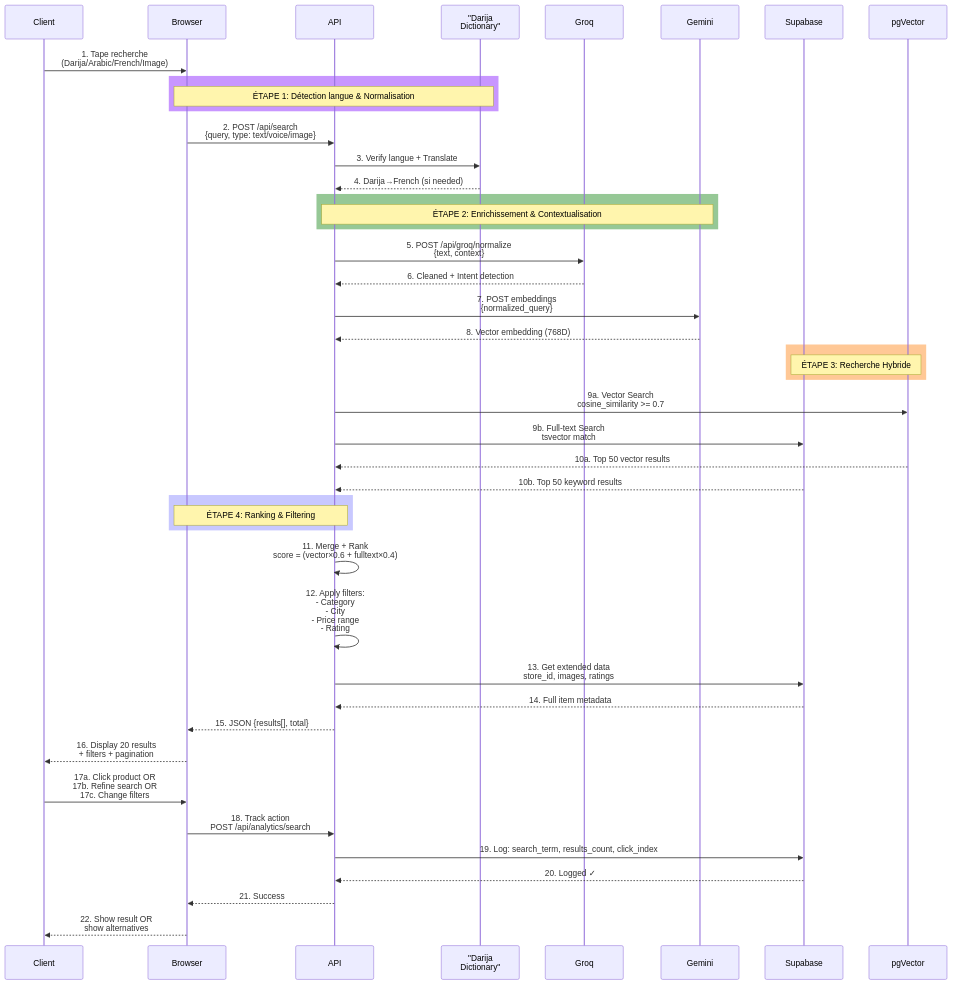
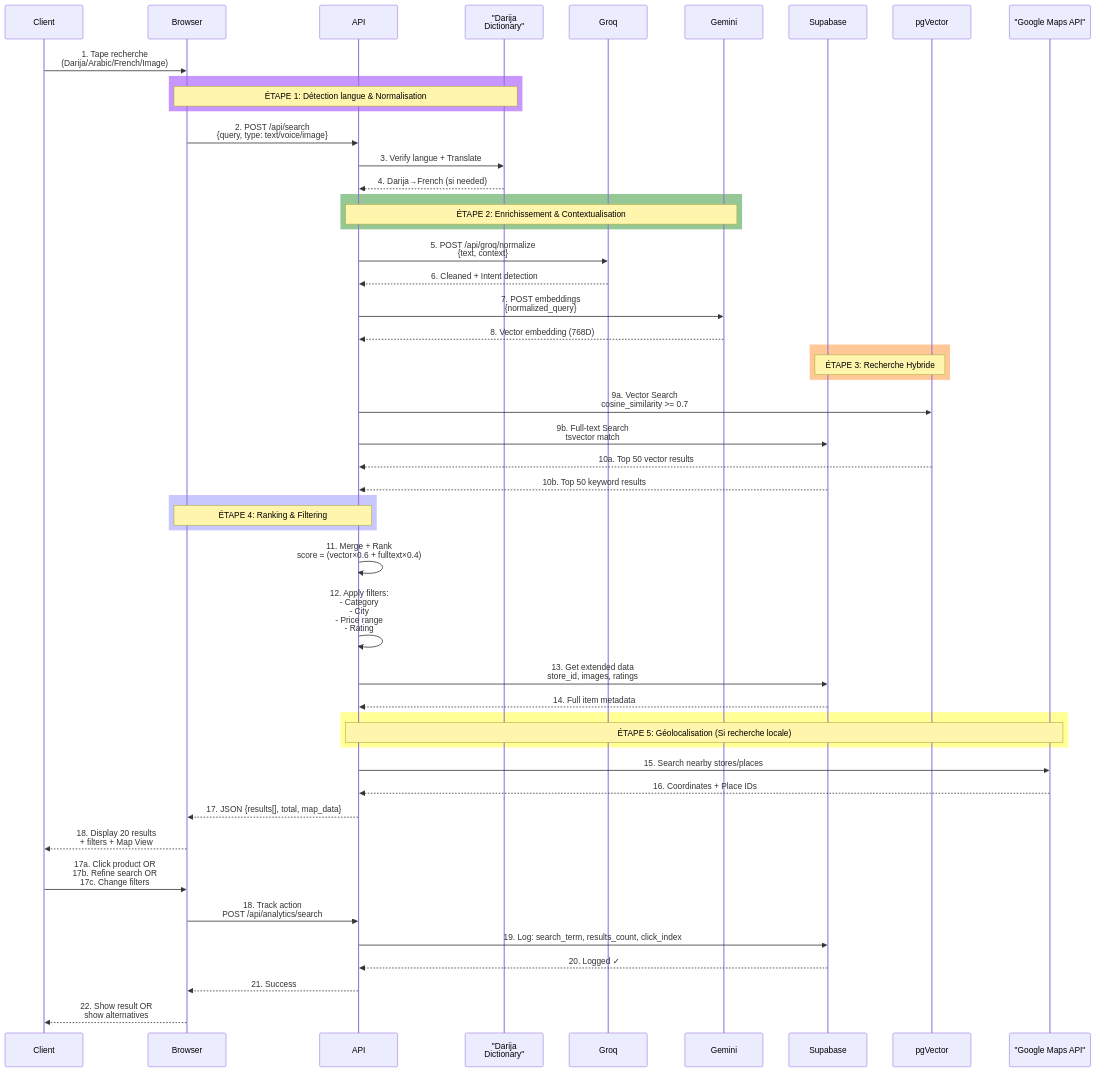
One commit to Abderrahmen1111/private-PFE-repos changed the first of 28 diagrams in SEQUENCE_DIAGRAMS_ALL_FEATURES.md. Above: the diagram before and after it, drawn with Mermaid. The commit also changed other lines of this file and 25 other files, not shown here.

````diff
--- a/SEQUENCE_DIAGRAMS_ALL_FEATURES.md
+++ b/SEQUENCE_DIAGRAMS_ALL_FEATURES.md
@@ -53,62 +53,70 @@
 ```mermaid
 sequenceDiagram
     participant Client
     participant Browser
     participant API
     participant DarijaDict as "Darija<br/>Dictionary"
     participant Groq
     participant Gemini
     participant Supabase
     participant pgVector
+    participant GoogleMaps as "Google Maps API"
 
     Client->>Browser: 1. Tape recherche<br/>(Darija/Arabic/French/Image)
     
     rect rgb(200, 150, 255)
         Note over Browser,DarijaDict: ÉTAPE 1: Détection langue & Normalisation
     end
     
     Browser->>API: 2. POST /api/search<br/>{query, type: text/voice/image}
     API->>DarijaDict: 3. Verify langue + Translate
     DarijaDict-->>API: 4. Darija→French (si needed)
     
     rect rgb(150, 200, 150)
         Note over API,Gemini: ÉTAPE 2: Enrichissement & Contextualisation
     end
     
     API->>Groq: 5. POST /api/groq/normalize<br/>{text, context}
     Groq-->>API: 6. Cleaned + Intent detection
     API->>Gemini: 7. POST embeddings<br/>{normalized_query}
     Gemini-->>API: 8. Vector embedding (768D)
     
     rect rgb(255, 200, 150)
         Note over Supabase,pgVector: ÉTAPE 3: Recherche Hybride
     end
     
     API->>pgVector: 9a. Vector Search<br/>cosine_similarity >= 0.7
     API->>Supabase: 9b. Full-text Search<br/>tsvector match
     
     pgVector-->>API: 10a. Top 50 vector results
     Supabase-->>API: 10b. Top 50 keyword results
     
     rect rgb(200, 200, 255)
         Note over API,Browser: ÉTAPE 4: Ranking & Filtering
     end
     
     API->>API: 11. Merge + Rank<br/>score = (vector×0.6 + fulltext×0.4)
     API->>API: 12. Apply filters:<br/>- Category<br/>- City<br/>- Price range<br/>- Rating
     
     API->>Supabase: 13. Get extended data<br/>store_id, images, ratings
     Supabase-->>API: 14. Full item metadata
     
-    API-->>Browser: 15. JSON {results[], total}
-    Browser-->>Client: 16. Display 20 results<br/>+ filters + pagination
+    rect rgb(255, 255, 150)
+        Note over API,GoogleMaps: ÉTAPE 5: Géolocalisation (Si recherche locale)
+    end
+    
+    API->>GoogleMaps: 15. Search nearby stores/places
+    GoogleMaps-->>API: 16. Coordinates + Place IDs
+    
+    API-->>Browser: 17. JSON {results[], total, map_data}
+    Browser-->>Client: 18. Display 20 results<br/>+ filters + Map View
     
     Client->>Browser: 17a. Click product OR<br/>17b. Refine search OR<br/>17c. Change filters
     
     Browser->>API: 18. Track action<br/>POST /api/analytics/search
     API->>Supabase: 19. Log: search_term, results_count, click_index
     Supabase-->>API: 20. Logged ✓
     
     API-->>Browser: 21. Success
     Browser-->>Client: 22. Show result OR<br/>show alternatives
 ```
````
